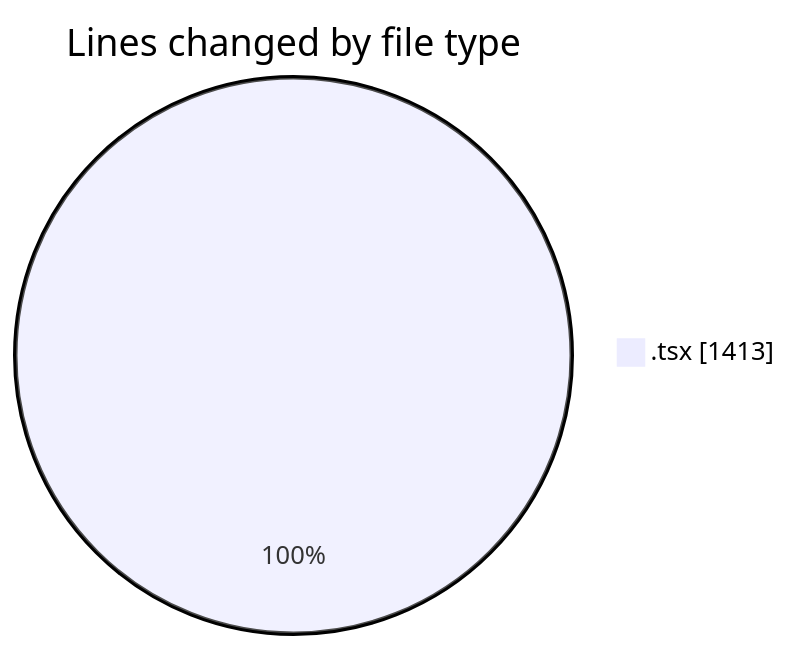
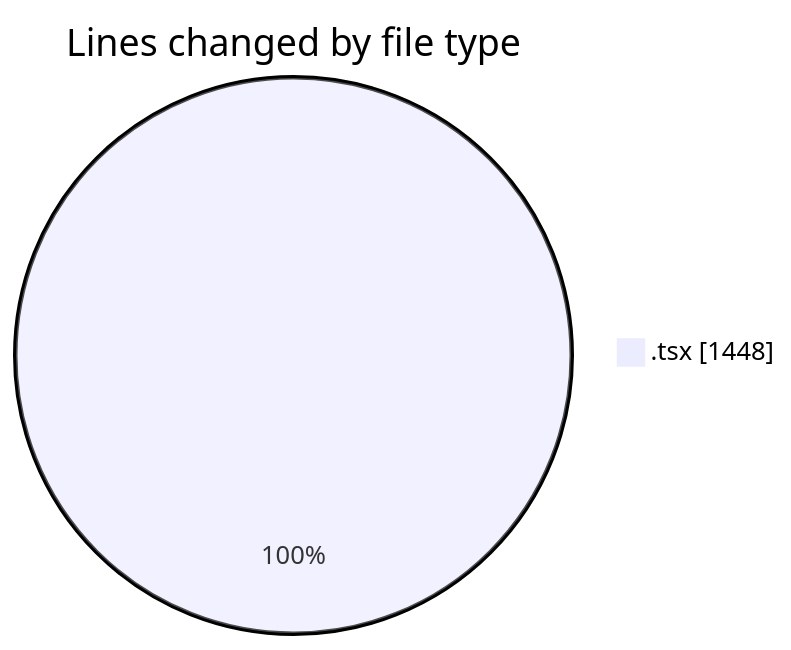
One commit to nxtqubesakshisongat/code-tracking changed the first of 2 diagrams in 2026-02-12/nxtqube_webapp/README.md. Above: the diagram before and after it, drawn with Mermaid. The commit also changed other lines of this file and 1 other file, not shown here.

````diff
--- a/2026-02-12/nxtqube_webapp/README.md
+++ b/2026-02-12/nxtqube_webapp/README.md
@@ -24,5 +24,5 @@
 ```mermaid
 pie showData
 title Lines changed by file type
-".tsx" : 1413
+".tsx" : 1448
 ```
````
